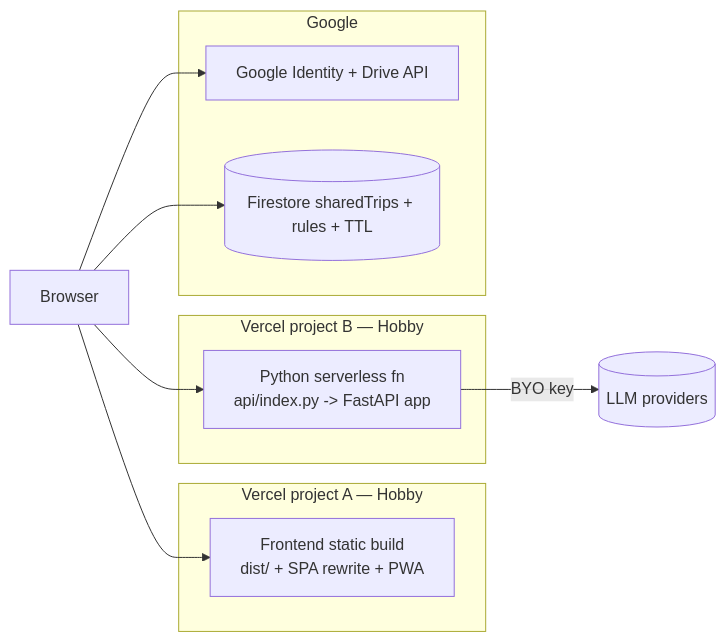
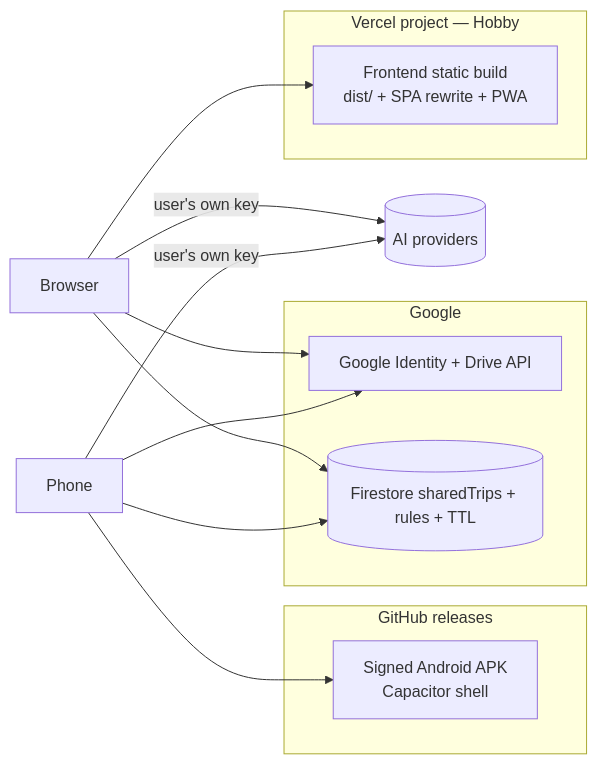
The fifth of 5 diagrams in docs/HLD.md (joka-7/AppMyTrip), drawn with Mermaid before and after one commit. The commit also changed other lines of this file and 72 other files, not shown here.

````diff
--- a/docs/HLD.md
+++ b/docs/HLD.md
@@ -366,19 +337,19 @@
 ```mermaid
 flowchart LR
-    subgraph vercel1 [Vercel project A — Hobby]
+    subgraph vercel1 [Vercel project — Hobby]
         FEbuild[Frontend static build\n dist/ + SPA rewrite + PWA]
     end
-    subgraph vercel2 [Vercel project B — Hobby]
-        Fn[Python serverless fn\napi/index.py -> FastAPI app]
+    subgraph gh [GitHub releases]
+        APK[Signed Android APK\nCapacitor shell]
     end
     subgraph g [Google]
         AuthD[Google Identity + Drive API]
         FSD[(Firestore sharedTrips + rules + TTL)]
     end
 
     Browser --> FEbuild
-    Browser --> Fn
-    Browser --> AuthD
-    Browser --> FSD
-    Fn -->|BYO key| LLMs[(LLM providers)]
+    Phone --> APK
+    Browser & Phone --> AuthD
+    Browser & Phone --> FSD
+    Browser & Phone -->|user's own key| LLMs[(AI providers)]
 ```
````
